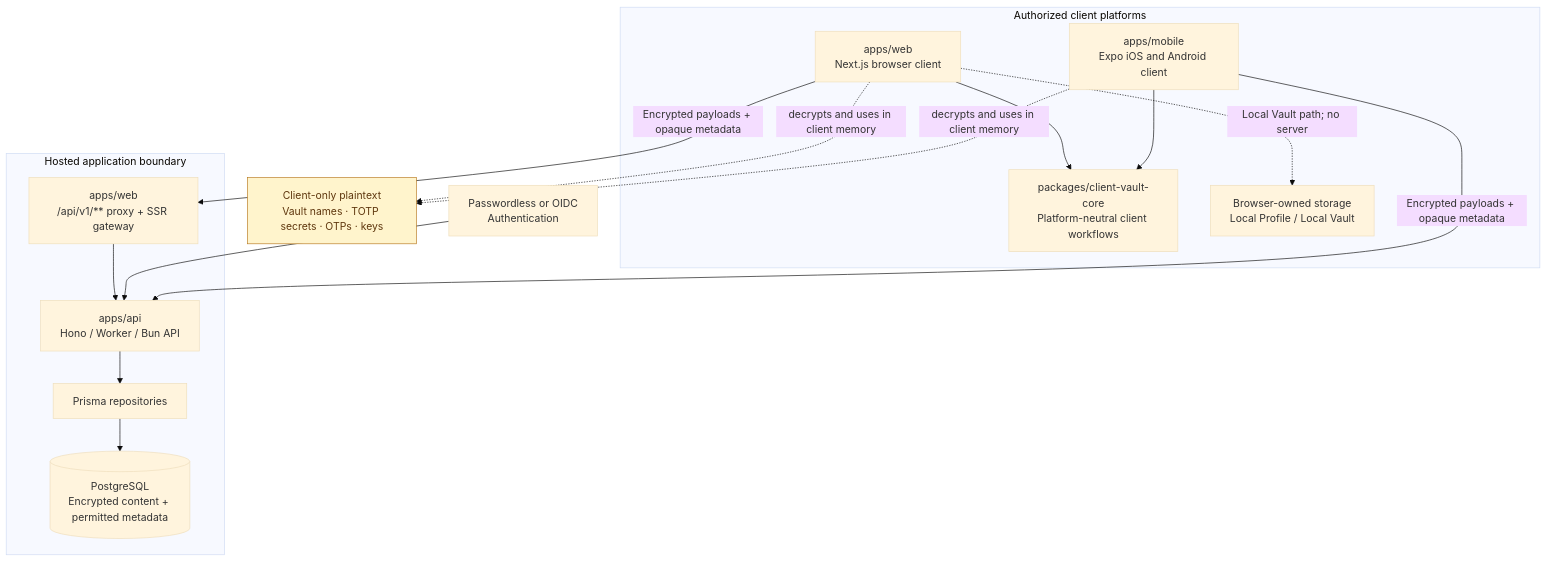
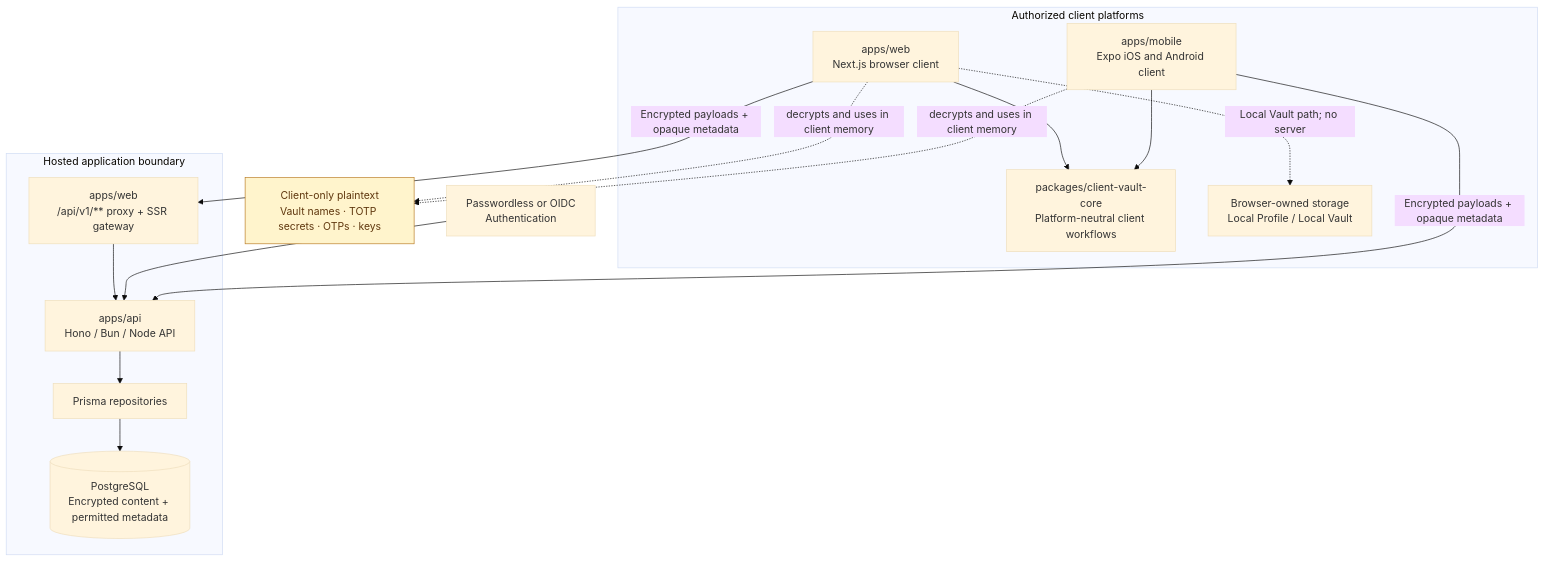
Before and after one commit to arrokh/rhasia-scret: the diagram in README.md, drawn with Mermaid (base theme). The commit also changed other lines of this file and 46 other files, not shown here.

````diff
--- a/README.md
+++ b/README.md
@@ -35,31 +35,31 @@
 ```mermaid
 flowchart TB
     subgraph clients["Authorized client platforms"]
         browser["apps/web<br/>Next.js browser client"]
         mobile["apps/mobile<br/>Expo iOS and Android client"]
         core["packages/client-vault-core<br/>Platform-neutral client workflows"]
         local["Browser-owned storage<br/>Local Profile / Local Vault"]
         browser --> core
         mobile --> core
         browser -. "Local Vault path; no server" .-> local
     end
 
     subgraph hosted["Hosted application boundary"]
-        api["apps/api<br/>Hono / Worker / Bun API"]
+        api["apps/api<br/>Hono / Bun / Node API"]
         prisma["Prisma repositories"]
         database[("PostgreSQL<br/>Encrypted content + permitted metadata")]
         proxy["apps/web<br/>/api/v1/** proxy + SSR gateway"]
         proxy --> api
         api --> prisma --> database
     end
 
     auth["Passwordless or OIDC<br/>Authentication"] --> api
     browser -- "Encrypted payloads + opaque metadata" --> proxy
     mobile -- "Encrypted payloads + opaque metadata" --> api
     plaintext["Client-only plaintext<br/>Vault names · TOTP secrets · OTPs · keys"]:::clientOnly
     browser -. "decrypts and uses in client memory" .-> plaintext
     mobile -. "decrypts and uses in client memory" .-> plaintext
 
     classDef clientOnly fill:#fff4cc,stroke:#b7791f,color:#5f370e;
     classDef hosted fill:#edf2f7,stroke:#4a5568,color:#1a202c;
 ```
````
